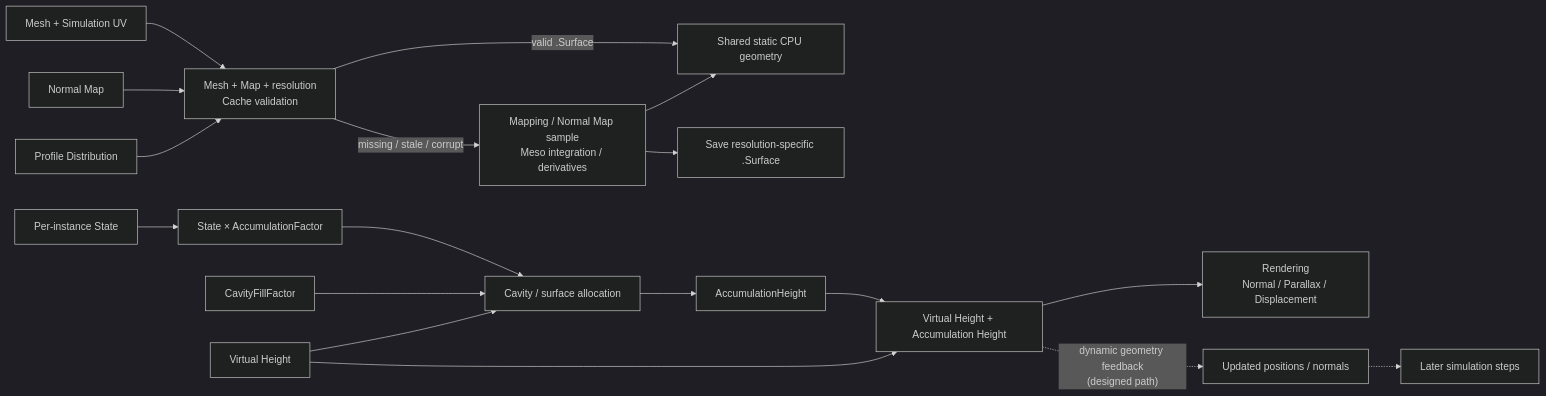
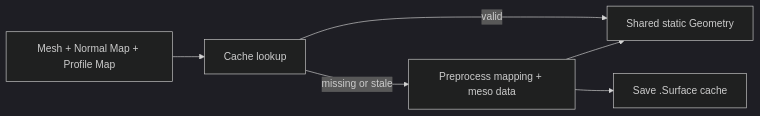
Before and after one commit to Yonaim/Material-Dependent-Surface-State-Engine: the first of 6 diagrams in Docs/MDSSP-Vault/04_Architecture/0004_Surface-Geometry.md, drawn with Mermaid (dark theme). The commit also changed other lines of this file and 55 other files, not shown here.

Commit message:
Docs: Flow Map과 Architecture 문서 체계 정리

````diff
--- a/Docs/MDSSP-Vault/04_Architecture/0004_Surface-Geometry.md
+++ b/Docs/MDSSP-Vault/04_Architecture/0004_Surface-Geometry.md
@@ -18,21 +23,8 @@
 ```mermaid
 flowchart LR
-  Mesh["Mesh + Simulation UV"] --> Lookup["Mesh + Map + resolution\nCache validation"]
-  NormalMap["Normal Map"] --> Lookup
-  ProfileMap["Profile Distribution"] --> Lookup
-  Lookup -->|valid .Surface| Shared["Shared static CPU geometry"]
-  Lookup -->|missing / stale / corrupt| Preprocess["Mapping / Normal Map sample\nMeso integration / derivatives"]
-  Preprocess --> Shared
-  Preprocess --> Save["Save resolution-specific .Surface"]
-
-  State["Per-instance State"] --> Amount["State × AccumulationFactor"]
-  Profile["CavityFillFactor"] --> Split["Cavity / surface allocation"]
-  Amount --> Split
-  Geometry["Virtual Height"] --> Split
-  Split --> Accumulation["AccumulationHeight"]
-  Geometry --> Final["Virtual Height + Accumulation Height"]
-  Accumulation --> Final
-  Final --> Render["Rendering\nNormal / Parallax / Displacement"]
-  Final -. "dynamic geometry feedback\n(designed path)" .-> Updated["Updated positions / normals"]
-  Updated -.-> Simulation["Later simulation steps"]
+  Inputs["Mesh + Normal Map + Profile Map"] --> Lookup["Cache lookup"]
+  Lookup -->|valid| Geometry["Shared static Geometry"]
+  Lookup -->|missing or stale| Build["Preprocess mapping + meso data"]
+  Build --> Geometry
+  Build --> Cache["Save .Surface cache"]
 ```
````
